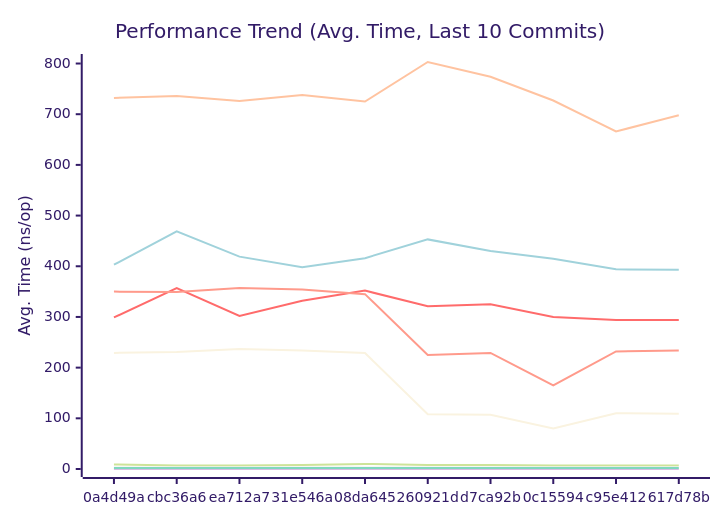
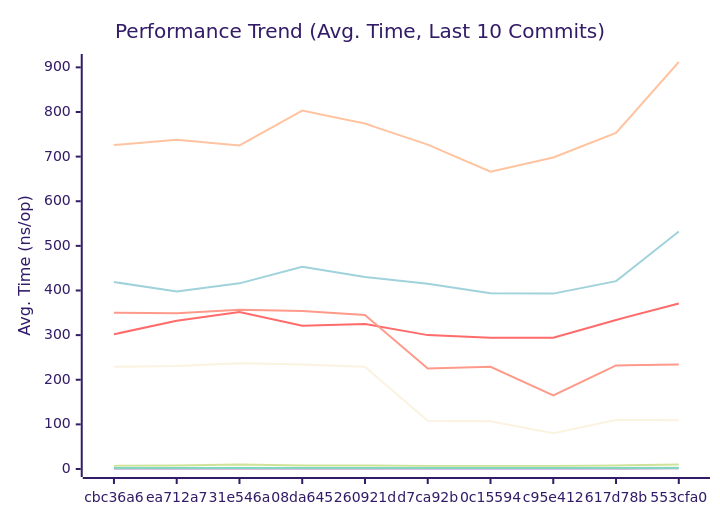
One commit to alsotoes/momo changed the first of 3 diagrams in docs/PERFORMANCE.md. Above: the diagram before and after it, drawn with Mermaid (forest theme). The commit also changed other lines of this file and 2 other files, not shown here.

First line of the commit message:
fix: detect #NNN shorthand in PR body for Rule 11 traceability check

````diff
--- a/docs/PERFORMANCE.md
+++ b/docs/PERFORMANCE.md
@@ -80,16 +80,16 @@
 ```mermaid
 xychart-beta
     title "Performance Trend (Avg. Time, Last 10 Commits)"
     x-axis "Commit"
     y-axis "Avg. Time (ns/op)"
-    x-axis [0a4d49a,cbc36a6,ea712a7,31e546a,08da645,260921d,d7ca92b,0c15594,c95e412,617d78b]
-    line "CheckMetricsAndSwap" [9,7,7,8,10,8,8,7,7,7]
-    line "CrushOptimized" [299,357,302,332,352,321,325,300,294,294]
-    line "CrushOriginal" [403,469,419,398,416,453,430,415,394,393]
-    line "IndexDirectTracking" [0,0,0,0,0,0,0,0,0,0]
-    line "IndexSearch" [3,3,3,3,3,3,3,3,3,3]
-    line "LoadGlobalConfig" [732,736,726,738,725,803,774,727,666,698]
+    x-axis [cbc36a6,ea712a7,31e546a,08da645,260921d,d7ca92b,0c15594,c95e412,617d78b,553cfa0]
+    line "CheckMetricsAndSwap" [7,8,10,8,8,7,7,7,8,10]
+    line "CrushOptimized" [302,332,352,321,325,300,294,294,334,371]
+    line "CrushOriginal" [419,398,416,453,430,415,394,393,421,532]
+    line "IndexDirectTracking" [0,0,0,0,0,0,0,0,0,1]
+    line "IndexSearch" [3,3,3,3,3,3,3,3,3,4]
+    line "LoadGlobalConfig" [726,738,725,803,774,727,666,698,753,912]
     line "PadString" [2,2,2,2,2,2,2,2,2,2]
     line "ParseReplicationOrder_NoPrealloc" [350,349,357,354,345,225,229,165,232,234]
     line "ParseReplicationOrder_Prealloc" [229,231,237,234,229,108,107,80,110,109]
 ```
````
